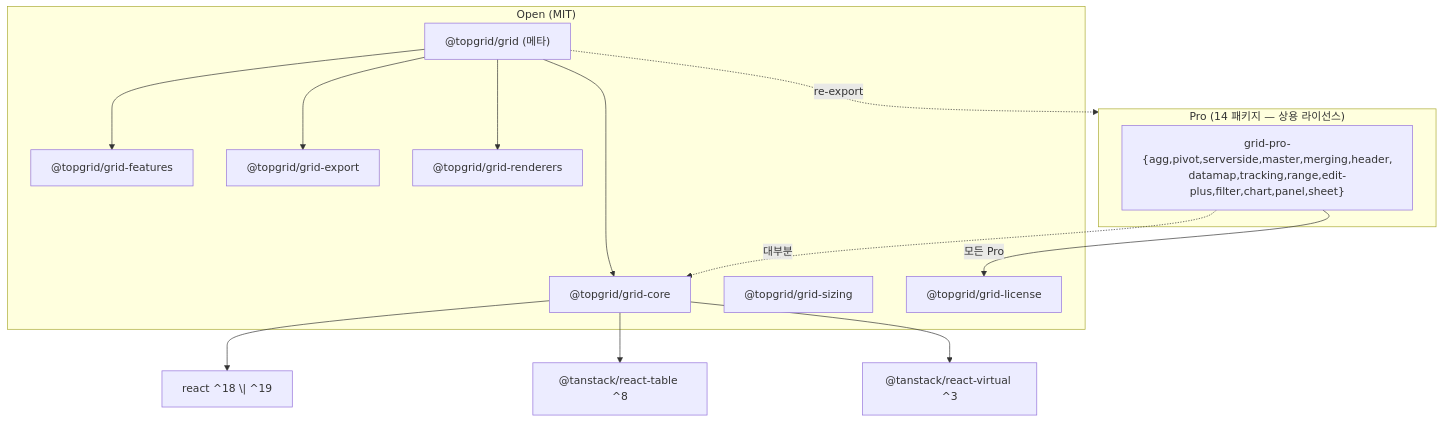
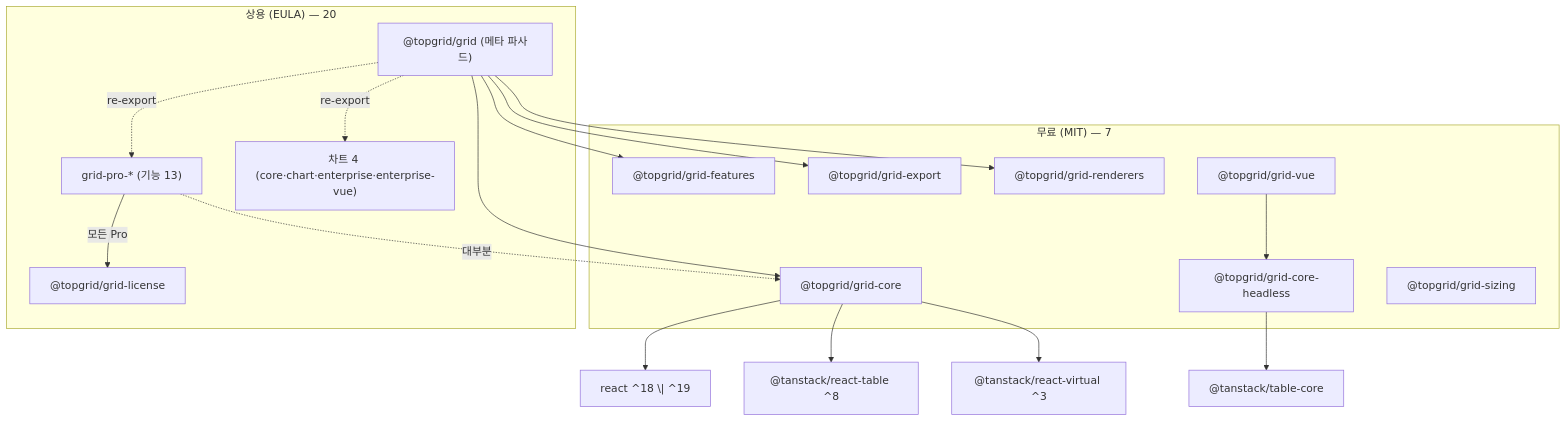
Before and after one commit to alladins/topgrid: the diagram in apps/docs/docs/architecture.mdx, drawn with Mermaid. The commit also changed other lines of this file and 5 other files, not shown here.

First line of the commit message:
docs(site): 패키지 수 표기 통일 — 27 패키지 (무료 MIT 7 + 상용 20)

````diff
--- a/apps/docs/docs/architecture.mdx
+++ b/apps/docs/docs/architecture.mdx
@@ -41,27 +59,33 @@
 ```mermaid
 graph TD
-  subgraph Open["Open (MIT)"]
-    grid["@topgrid/grid (메타)"]
+  subgraph Open["무료 (MIT) — 7"]
     grid-core["@topgrid/grid-core"]
+    grid-headless["@topgrid/grid-core-headless"]
     grid-features["@topgrid/grid-features"]
     grid-export["@topgrid/grid-export"]
     grid-renderers["@topgrid/grid-renderers"]
     grid-sizing["@topgrid/grid-sizing"]
-    grid-license["@topgrid/grid-license"]
+    grid-vue["@topgrid/grid-vue"]
   end
 
-  subgraph Pro["Pro (14 패키지 — 상용 라이선스)"]
-    proAll["grid-pro-{agg,pivot,serverside,master,merging,header,<br/>datamap,tracking,range,edit-plus,filter,chart,panel,sheet}"]
+  subgraph Commercial["상용 (EULA) — 20"]
+    grid["@topgrid/grid (메타 파사드)"]
+    grid-license["@topgrid/grid-license"]
+    proAll["grid-pro-* (기능 13)"]
+    charts["차트 4 (core·chart·enterprise·enterprise-vue)"]
   end
 
   grid --> grid-core
   grid --> grid-features
   grid --> grid-renderers
   grid --> grid-export
-  grid -.->|re-export| Pro
+  grid -.->|re-export| proAll
+  grid -.->|re-export| charts
   grid-core --> react["react ^18 \| ^19"]
   grid-core --> tanstack["@tanstack/react-table ^8"]
   grid-core --> virtual["@tanstack/react-virtual ^3"]
+  grid-headless --> tablecore["@tanstack/table-core"]
+  grid-vue --> grid-headless
   proAll -->|모든 Pro| grid-license
   proAll -.->|대부분| grid-core
 ```
````
